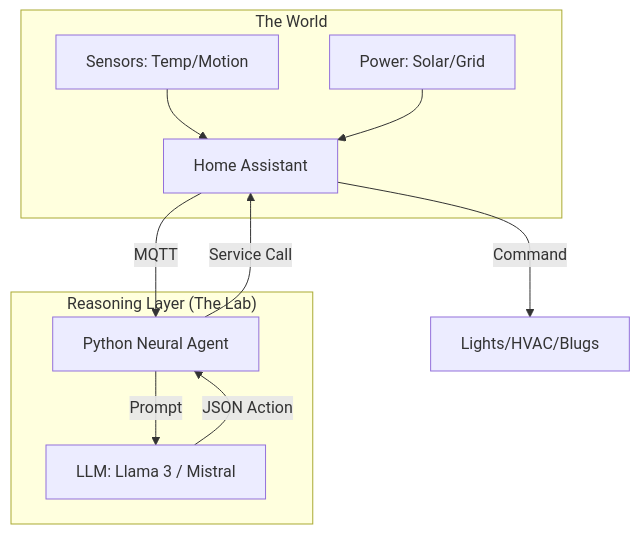
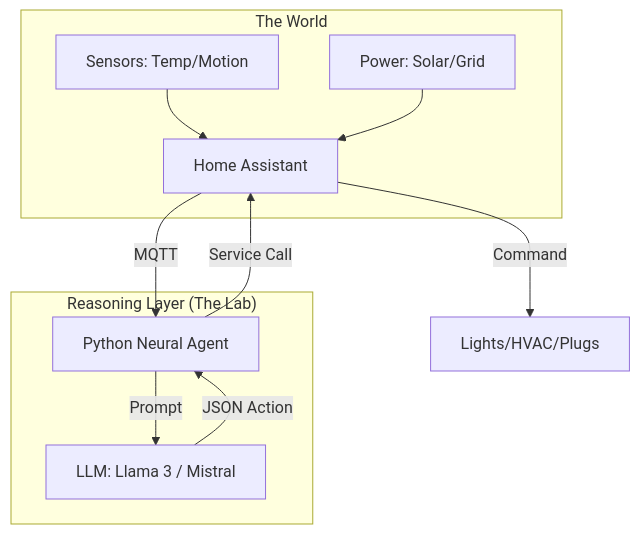
One commit to drajb/gekro changed the diagram in apps/web/src/content/experiments/neural-home-orchestrator.md. Above: the diagram before and after it, drawn with Mermaid. The commit also changed other lines of this file and 6 other files, not shown here.

````diff
--- a/apps/web/src/content/experiments/neural-home-orchestrator.md
+++ b/apps/web/src/content/experiments/neural-home-orchestrator.md
@@ -67,14 +37,14 @@
 ```mermaid
 graph TD
     subgraph "The World"
         S[Sensors: Temp/Motion] --> HA[Home Assistant]
         P[Power: Solar/Grid] --> HA
     end
     subgraph "Reasoning Layer (The Lab)"
         HA -->|MQTT| A[Python Neural Agent]
         A -->|Prompt| LLM[LLM: Llama 3 / Mistral]
         LLM -->|JSON Action| A
     end
     A -->|Service Call| HA
-    HA -->|Command| L[Lights/HVAC/Blugs]
+    HA -->|Command| L[Lights/HVAC/Plugs]
 ```
````
